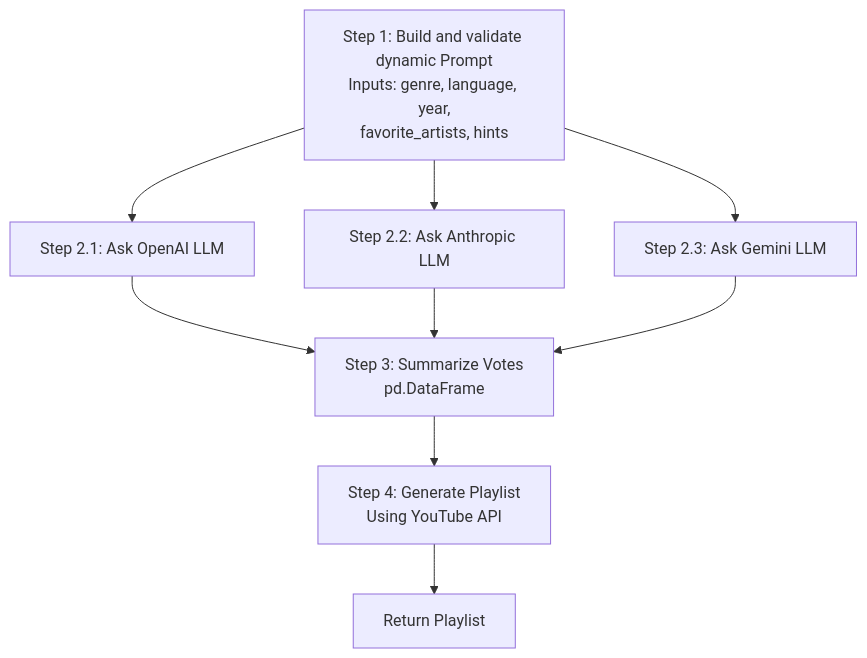
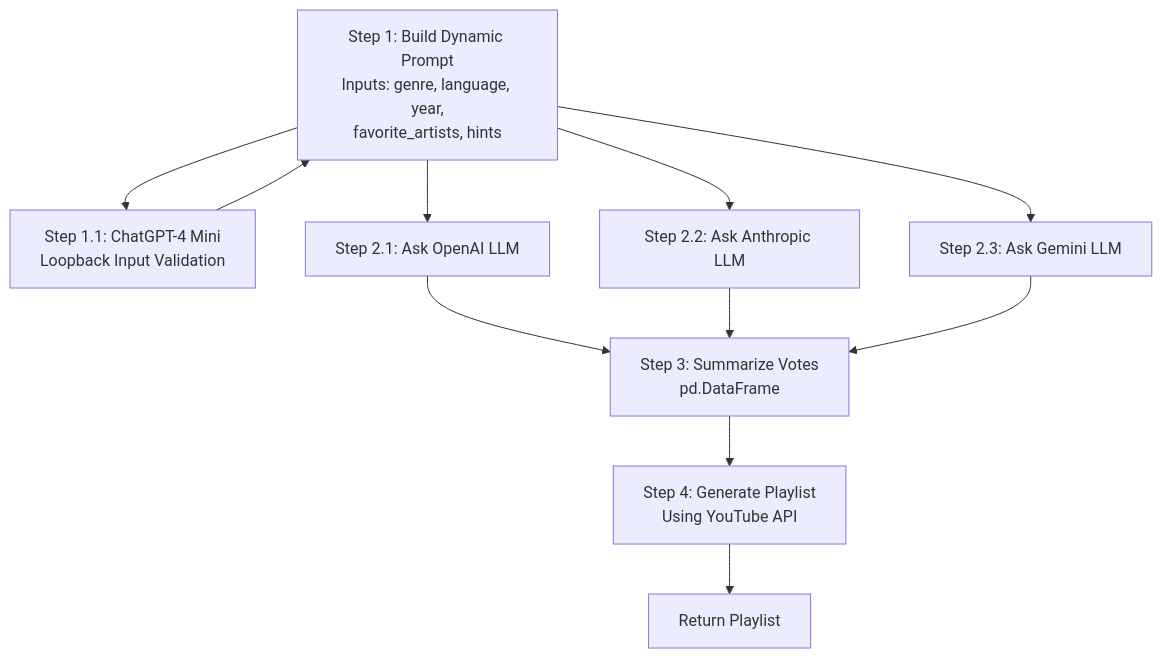
Before and after one commit to markoo26/musicology: the diagram in README.md, drawn with Mermaid. The commit also changed other lines of this file and 1 other file, not shown here.

````diff
--- a/README.md
+++ b/README.md
@@ -16,16 +16,18 @@
 ```mermaid
 flowchart TD
-    A[Step 1: Build and validate dynamic Prompt<br/>Inputs: genre, language, year,<br/>favorite_artists, hints]
+    A[Step 1: Build Dynamic Prompt<br/>Inputs: genre, language, year,<br/>favorite_artists, hints]
+
+    A --> A1[Step 1.1: ChatGPT-4 Mini<br/>Loopback Input Validation]
+    A1 --> A
 
     A --> B1[Step 2.1: Ask OpenAI LLM]
     A --> B2[Step 2.2: Ask Anthropic LLM]
     A --> B3[Step 2.3: Ask Gemini LLM]
 
     B1 --> C[Step 3: Summarize Votes<br/>pd.DataFrame]
     B2 --> C
     B3 --> C
 
     C --> D[Step 4: Generate Playlist<br/>Using YouTube API]
-
     D --> E[Return Playlist]
 ```
````
